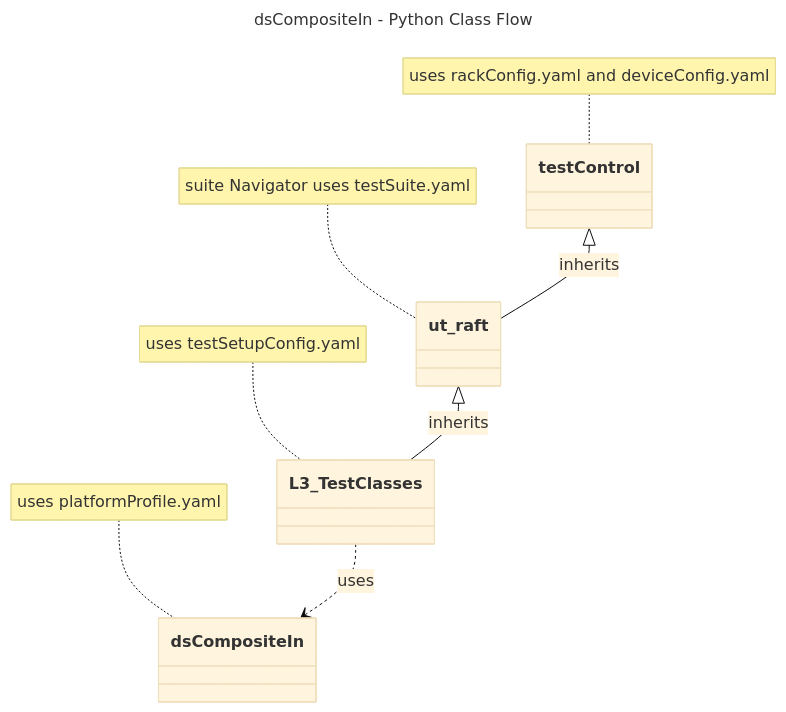
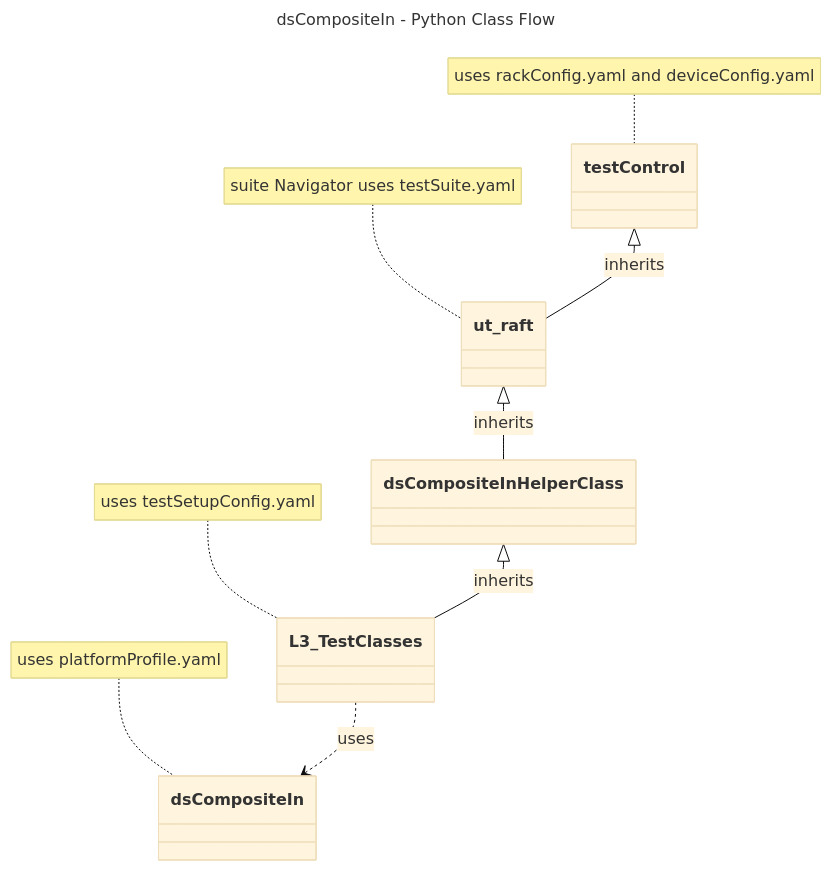
One commit to rdkcentral/rdk-halif-test-device_settings changed the diagram in docs/pages/dsCompositeIn/ds-compositeIn-L3-Low-Level-TestSpec.md. Above: the diagram before and after it, drawn with Mermaid (base theme). The commit also changed other lines of this file, not shown here.

Commit message:
gh #246 Update ds-compositeIn-L3-Low-Level-TestSpec.md

````diff
--- a/docs/pages/dsCompositeIn/ds-compositeIn-L3-Low-Level-TestSpec.md
+++ b/docs/pages/dsCompositeIn/ds-compositeIn-L3-Low-Level-TestSpec.md
@@ -51,15 +51,16 @@
 ```mermaid
 ---
 title: dsCompositeIn - Python Class Flow
 ---
 classDiagram
     testControl <|-- ut_raft : inherits
     class ut_raft{
     }
-    ut_raft <|-- L3_TestClasses : inherits
+    ut_raft <|-- dsCompositeInHelperClass : inherits
+    dsCompositeInHelperClass <|-- L3_TestClasses : inherits
     L3_TestClasses ..> dsCompositeIn : uses
     note for testControl "uses rackConfig.yaml and deviceConfig.yaml"
     note for dsCompositeIn "uses platformProfile.yaml"
     note for L3_TestClasses "uses testSetupConfig.yaml"
     note for ut_raft "suite Navigator uses testSuite.yaml"
 ```
````
